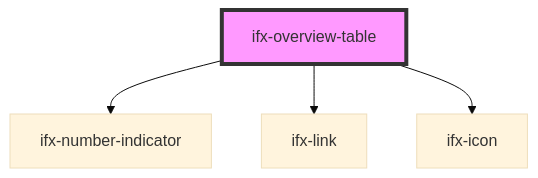
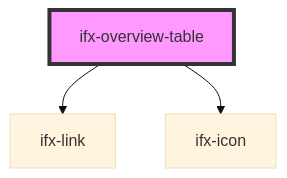
Before and after one commit to Infineon/infineon-design-system-stencil: the diagram in packages/components/src/components/overview-table/readme.md, drawn with Mermaid (base theme). The commit also changed other lines of this file and 25 other files, not shown here.

Commit message:
dissolves and remakes number-indicator into indicator component

````diff
--- a/packages/components/src/components/overview-table/readme.md
+++ b/packages/components/src/components/overview-table/readme.md
@@ -17,7 +16,6 @@
 ```mermaid
 graph TD;
-  ifx-overview-table --> ifx-number-indicator
   ifx-overview-table --> ifx-link
   ifx-overview-table --> ifx-icon
   style ifx-overview-table fill:#f9f,stroke:#333,stroke-width:4px
 ```
````
